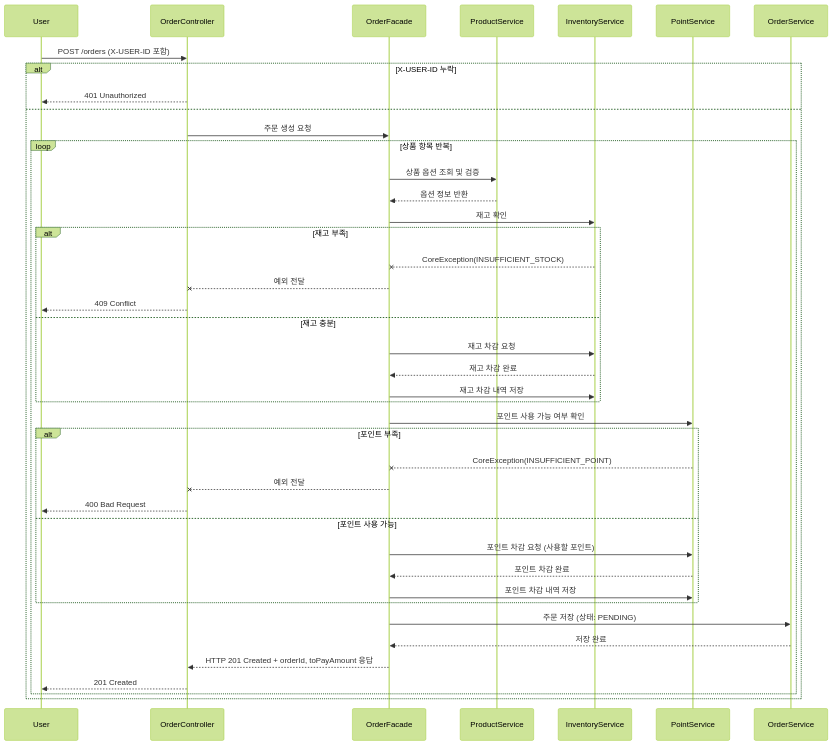
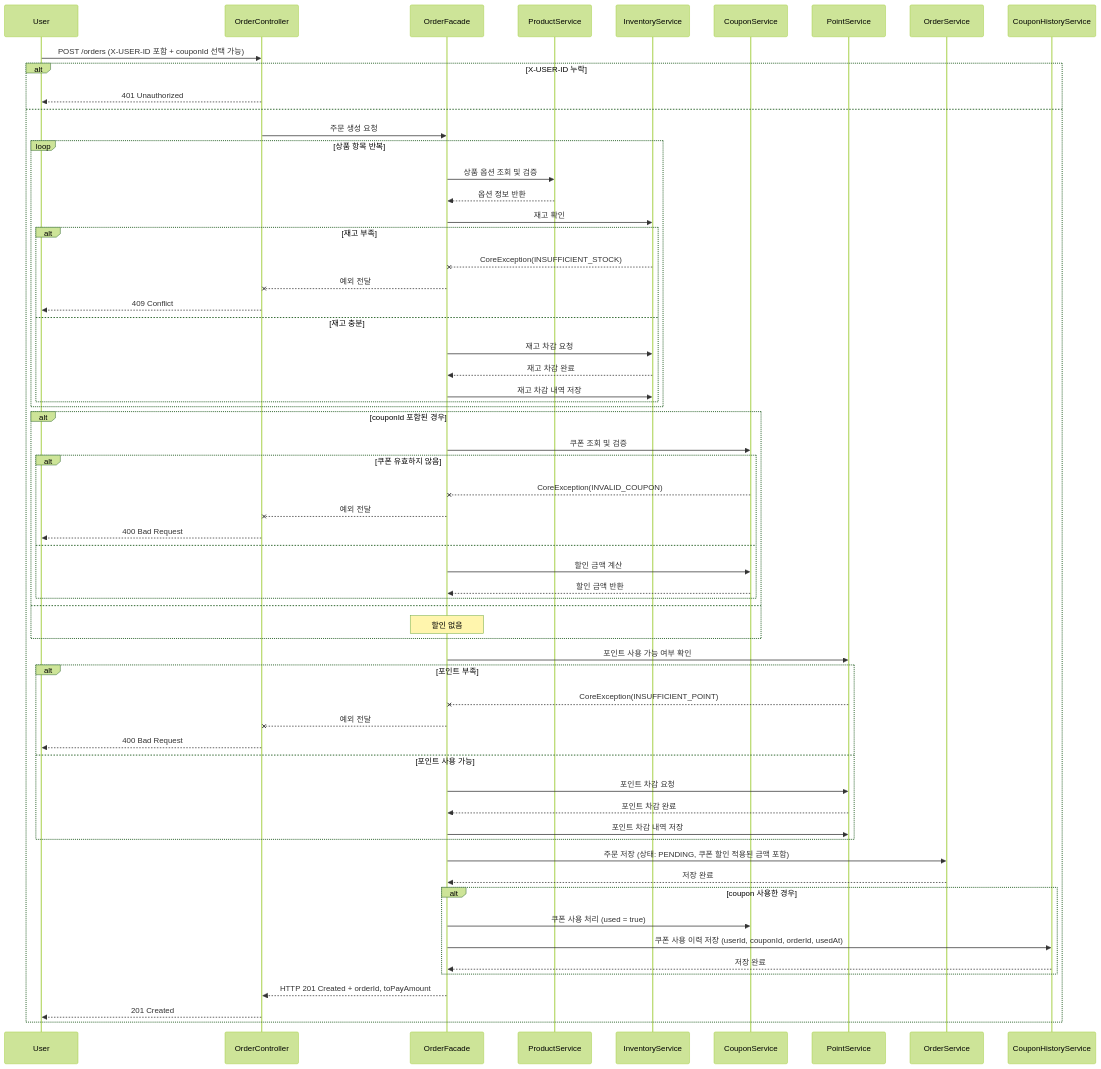
The eighth of 11 diagrams in docs/design/02-sequence-diagrams.md (JoshDevLab/loopers-commerce), drawn with Mermaid (forest theme) before and after one commit. The commit also changed 3 other files, not shown here.

Commit message:
docs: 요구사항정의서 및 클래스 다이어그램, 시퀀스 다이어그램, ERD 작성

````diff
--- a/docs/design/02-sequence-diagrams.md
+++ b/docs/design/02-sequence-diagrams.md
@@ -198,50 +198,72 @@
 ```mermaid
 sequenceDiagram
     participant User
     participant OrderController
     participant OrderFacade
     participant ProductService
     participant InventoryService
+    participant CouponService
     participant PointService
     participant OrderService
+    participant CouponHistoryService
 
-    User->>OrderController: POST /orders (X-USER-ID 포함)
+    User->>OrderController: POST /orders (X-USER-ID 포함 + couponId 선택 가능)
     alt X-USER-ID 누락
         OrderController-->>User: 401 Unauthorized
     else
         OrderController->>OrderFacade: 주문 생성 요청
 
         loop 상품 항목 반복
             OrderFacade->>ProductService: 상품 옵션 조회 및 검증
             ProductService-->>OrderFacade: 옵션 정보 반환
 
             OrderFacade->>InventoryService: 재고 확인
             alt 재고 부족
                 InventoryService--xOrderFacade: CoreException(INSUFFICIENT_STOCK)
                 OrderFacade--xOrderController: 예외 전달
                 OrderController-->>User: 409 Conflict
             else 재고 충분
                 OrderFacade->>InventoryService: 재고 차감 요청
                 InventoryService-->>OrderFacade: 재고 차감 완료
-                OrderFacade->>InventoryService: 재고 차감 내역 저장                
+                OrderFacade->>InventoryService: 재고 차감 내역 저장
+            end
+        end
+
+        alt couponId 포함된 경우
+            OrderFacade->>CouponService: 쿠폰 조회 및 검증
+            alt 쿠폰 유효하지 않음
+                CouponService--xOrderFacade: CoreException(INVALID_COUPON)
+                OrderFacade--xOrderController: 예외 전달
+                OrderController-->>User: 400 Bad Request
+            else
+                OrderFacade->>CouponService: 할인 금액 계산
+                CouponService-->>OrderFacade: 할인 금액 반환
+            end
+        else
+            Note over OrderFacade: 할인 없음
         end
 
         OrderFacade->>PointService: 포인트 사용 가능 여부 확인
         alt 포인트 부족
             PointService--xOrderFacade: CoreException(INSUFFICIENT_POINT)
             OrderFacade--xOrderController: 예외 전달
             OrderController-->>User: 400 Bad Request
         else 포인트 사용 가능
-            OrderFacade->>PointService: 포인트 차감 요청 (사용할 포인트)
+            OrderFacade->>PointService: 포인트 차감 요청
             PointService-->>OrderFacade: 포인트 차감 완료
             OrderFacade->>PointService: 포인트 차감 내역 저장
         end
 
-        OrderFacade->>OrderService: 주문 저장 (상태: PENDING)
+        OrderFacade->>OrderService: 주문 저장 (상태: PENDING, 쿠폰 할인 적용된 금액 포함)
         OrderService-->>OrderFacade: 저장 완료
 
-        OrderFacade-->>OrderController: HTTP 201 Created + orderId, toPayAmount 응답
+        alt coupon 사용한 경우
+            OrderFacade->>CouponService: 쿠폰 사용 처리 (used = true)
+            OrderFacade->>CouponHistoryService: 쿠폰 사용 이력 저장 (userId, couponId, orderId, usedAt)
+            CouponHistoryService-->>OrderFacade: 저장 완료
+        end
+
+        OrderFacade-->>OrderController: HTTP 201 Created + orderId, toPayAmount
         OrderController-->>User: 201 Created
-        end
     end
-```    
+```
````
